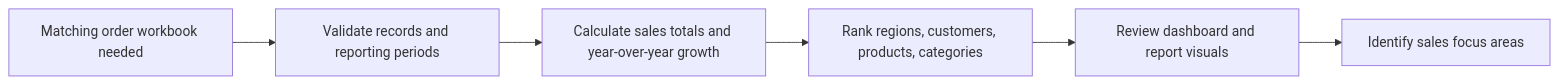
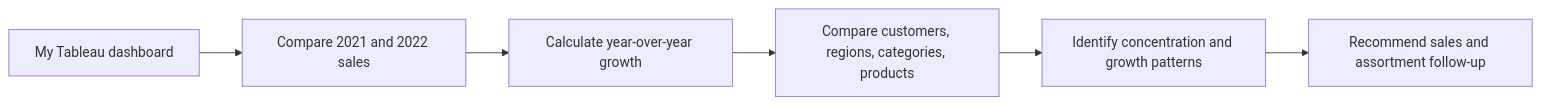
One commit to vamruthala/sales-performance-analytics changed the diagram in README.md. Above: the diagram before and after it, drawn with Mermaid. The commit also changed other lines of this file, not shown here.

````diff
--- a/README.md
+++ b/README.md
@@ -13,8 +15,8 @@
 ```mermaid
 flowchart LR
-  A[Matching order workbook needed] --> B[Validate records and reporting periods]
-  B --> C[Calculate sales totals and year-over-year growth]
-  C --> D[Rank regions, customers, products, categories]
-  D --> E[Review dashboard and report visuals]
-  E --> F[Identify sales focus areas]
+  A[My Tableau dashboard] --> B[Compare 2021 and 2022 sales]
+  B --> C[Calculate year-over-year growth]
+  C --> D[Compare customers, regions, categories, products]
+  D --> E[Identify concentration and growth patterns]
+  E --> F[Recommend sales and assortment follow-up]
 ```
````
